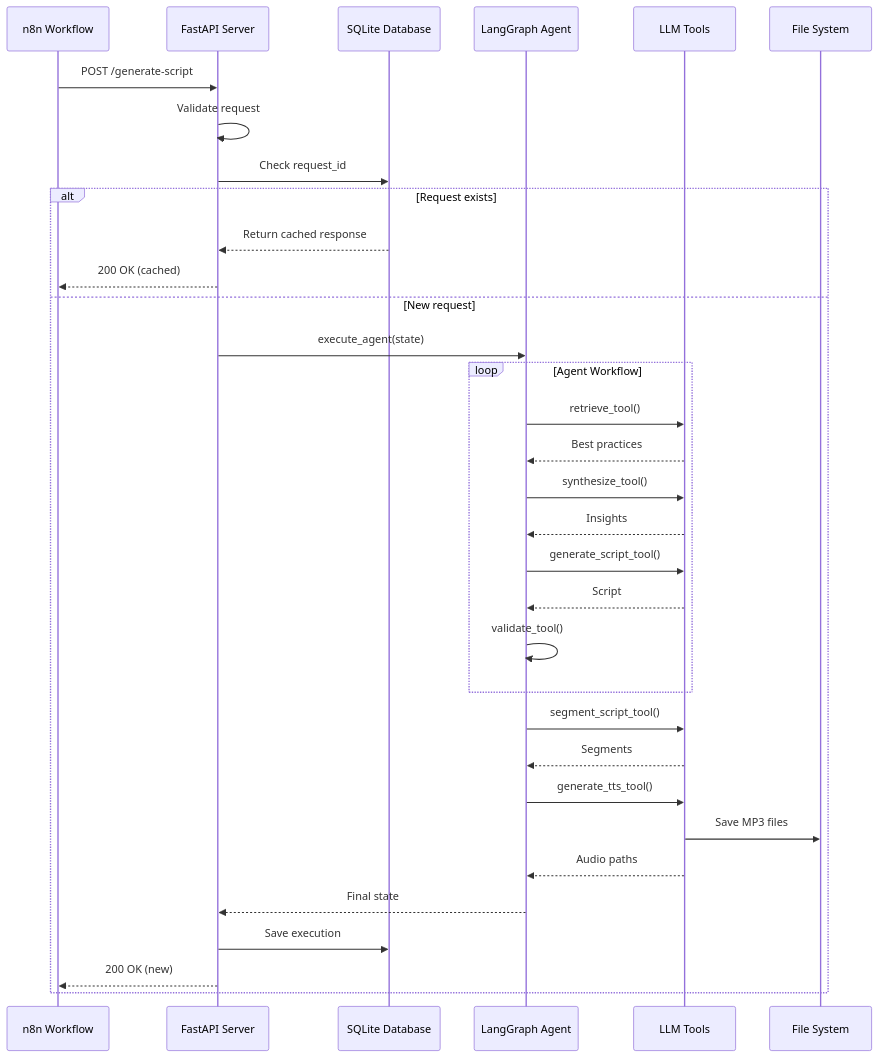
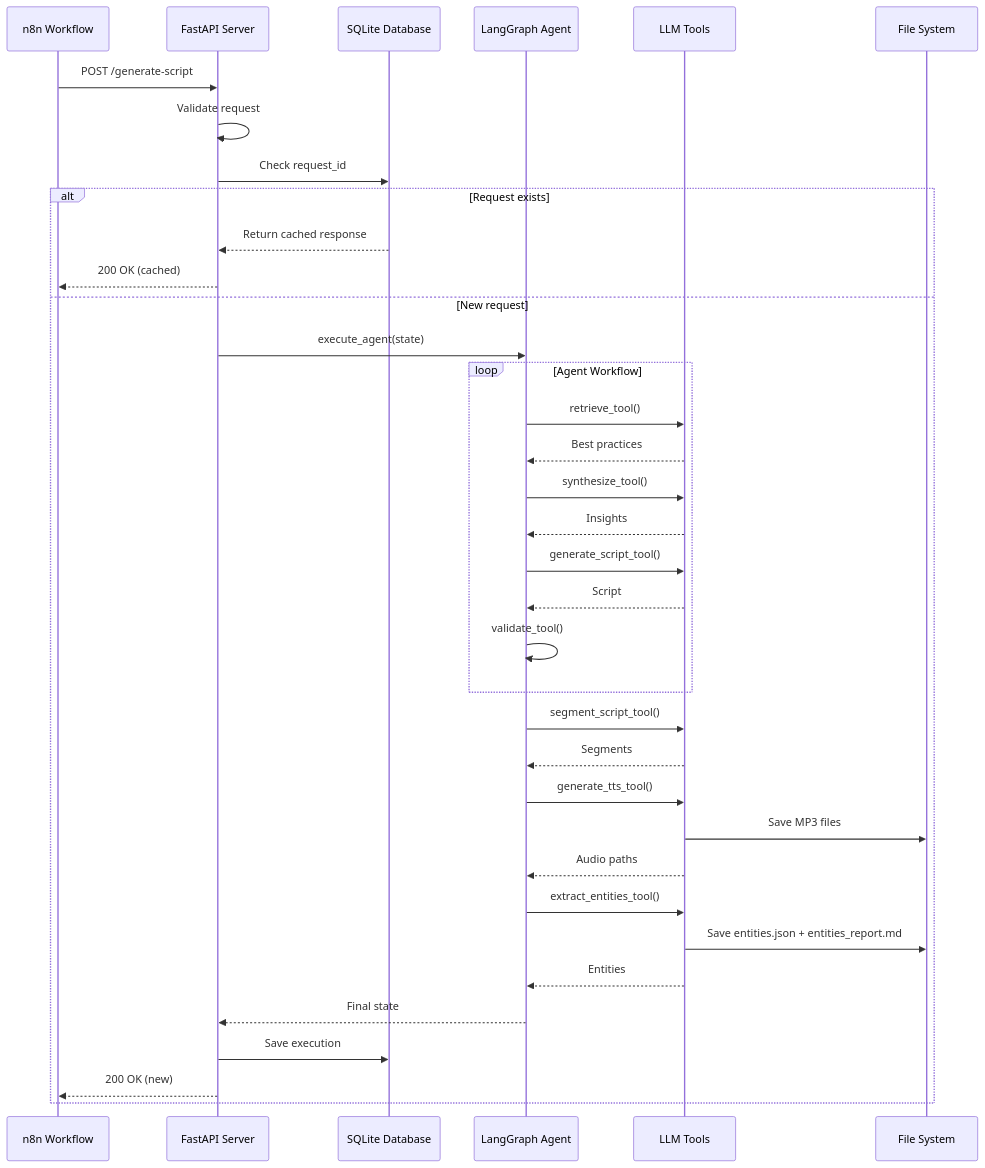
Before and after one commit to Artempsl/generate_script: the third of 3 diagrams in README.md, drawn with Mermaid. The commit also changed other lines of this file and 65 other files, not shown here.

````diff
--- a/README.md
+++ b/README.md
@@ -184,39 +195,42 @@
 ```mermaid
 sequenceDiagram
     participant N8N as n8n Workflow
     participant API as FastAPI Server
     participant DB as SQLite Database
     participant Graph as LangGraph Agent
     participant Tools as LLM Tools
     participant Storage as File System
     
     N8N->>API: POST /generate-script
     API->>API: Validate request
     API->>DB: Check request_id
     alt Request exists
         DB-->>API: Return cached response
         API-->>N8N: 200 OK (cached)
     else New request
         API->>Graph: execute_agent(state)
         
         loop Agent Workflow
             Graph->>Tools: retrieve_tool()
             Tools-->>Graph: Best practices
             Graph->>Tools: synthesize_tool()
             Tools-->>Graph: Insights
             Graph->>Tools: generate_script_tool()
             Tools-->>Graph: Script
             Graph->>Graph: validate_tool()
         end
         
         Graph->>Tools: segment_script_tool()
         Tools-->>Graph: Segments
         Graph->>Tools: generate_tts_tool()
         Tools->>Storage: Save MP3 files
         Tools-->>Graph: Audio paths
+        Graph->>Tools: extract_entities_tool()
+        Tools->>Storage: Save entities.json + entities_report.md
+        Tools-->>Graph: Entities
         
         Graph-->>API: Final state
         API->>DB: Save execution
         API-->>N8N: 200 OK (new)
     end
 ```
````
